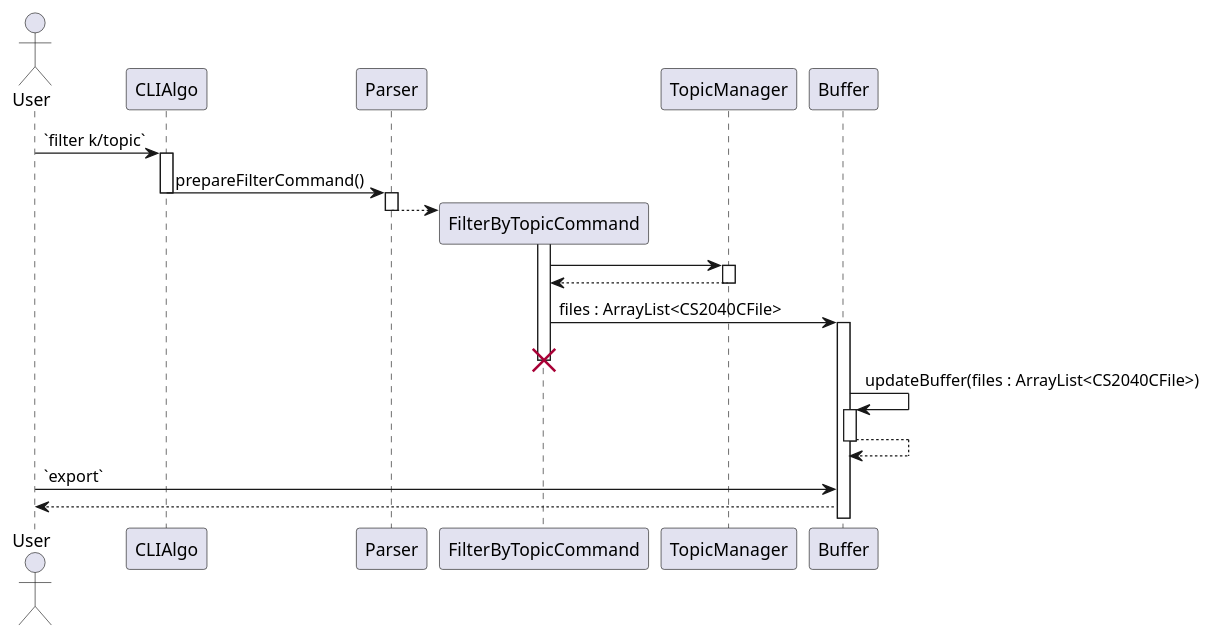
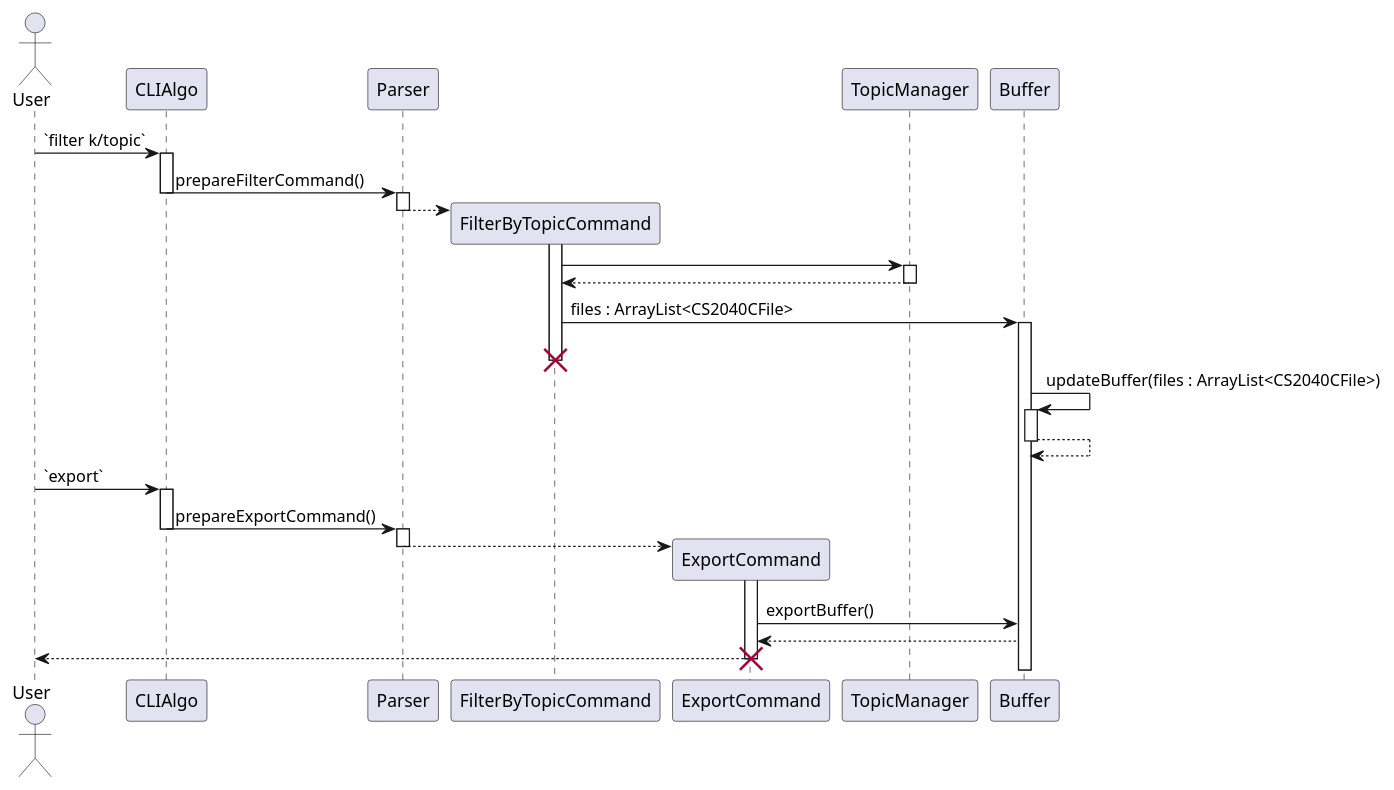
The diagram in docs/sequence/source-files/Export.puml (ong-ck/tp), drawn with PlantUML before and after one commit. The commit also changed 1 other file, not shown here.

Commit message:
Add: exportcommand to export.png

```diff
--- a/docs/sequence/source-files/Export.puml
+++ b/docs/sequence/source-files/Export.puml
@@ -1,33 +1,44 @@
 @startuml
 
 actor User as u
 participant CLIAlgo as cli
 participant Parser as p
 participant FilterByTopicCommand as fc
+participant ExportCommand as ec
 participant TopicManager as tm
 participant Buffer as b
 
 u -> cli : `filter k/topic`
 activate cli
 cli -> p : prepareFilterCommand()
 deactivate cli
 activate p
 p --> fc **
 activate fc
 deactivate p
 fc -> tm
 activate tm
 tm --> fc
 deactivate tm
 fc -> b : files : ArrayList<CS2040CFile>
 activate b
 destroy fc
 b -> b : updateBuffer(files : ArrayList<CS2040CFile>)
 activate b
 b --> b
 deactivate b
-u -> b : `export`
-b --> u
+u -> cli : `export`
+activate cli
+cli -> p : prepareExportCommand()
+deactivate cli
+activate p
+p --> ec **
+activate ec
+deactivate p
+ec -> b : exportBuffer()
+b --> ec
+ec --> u
+destroy ec
 
 
 @enduml
```
